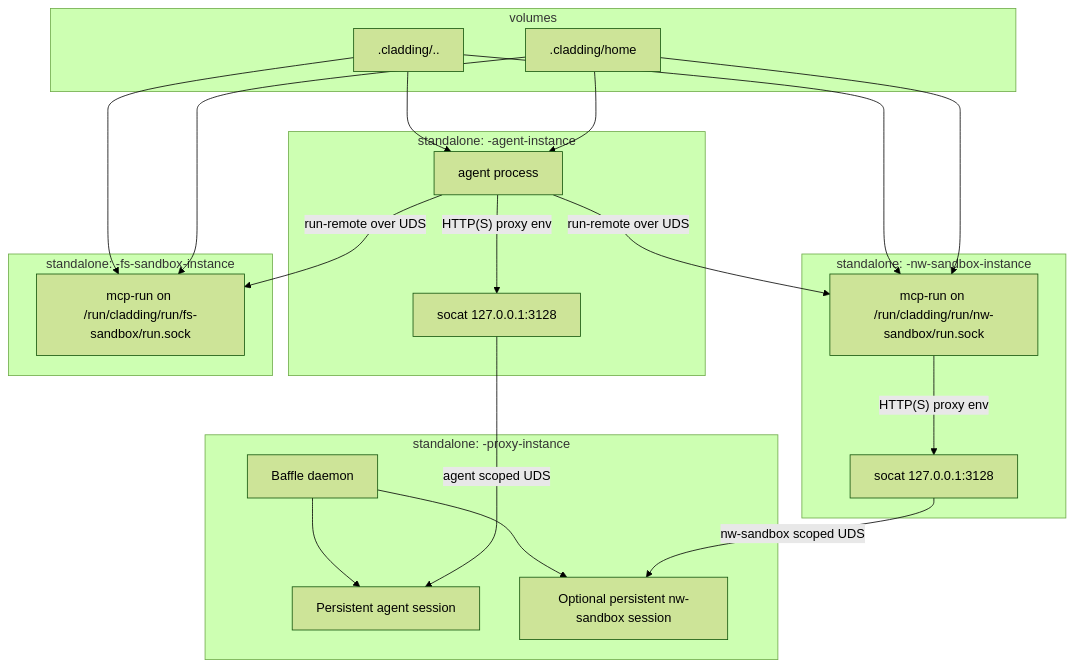
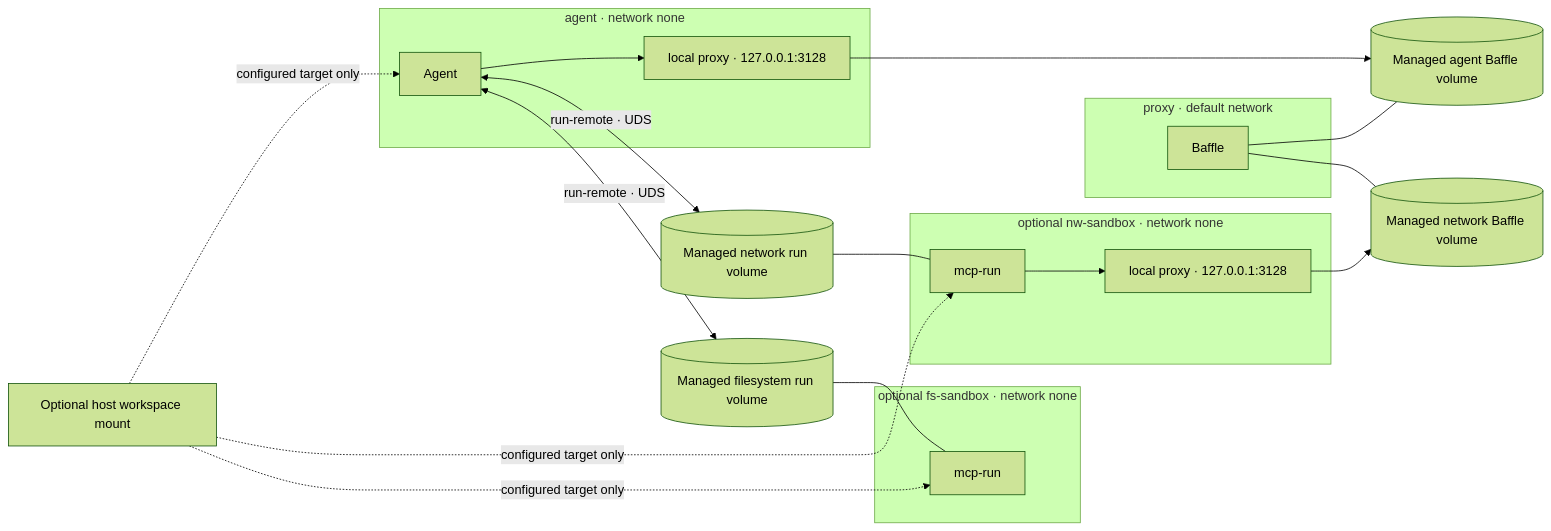
Before and after one commit to dstoc/cladding: the diagram in README.md, drawn with Mermaid (forest theme). The commit also changed other lines of this file and 5 other files, not shown here.

````diff
--- a/README.md
+++ b/README.md
@@ -455,44 +84,34 @@
 ```mermaid
-flowchart TB
-  subgraph C["standalone: <name>-agent-instance"]
-    CA[agent process]
-    CAP[socat 127.0.0.1:3128]
+flowchart LR
+  subgraph Proxy["proxy · default network"]
+    Baffle[Baffle]
   end
+  subgraph Agent["agent · network none"]
+    AgentProcess[Agent]
+    AgentProxy["local proxy · 127.0.0.1:3128"]
+  end
+  subgraph Network["optional nw-sandbox · network none"]
+    NetworkMcp[mcp-run]
+    NetworkProxy["local proxy · 127.0.0.1:3128"]
+  end
+  subgraph Filesystem["optional fs-sandbox · network none"]
+    FilesystemMcp[mcp-run]
+  end
+  AgentSocket[(Managed agent Baffle volume)]
+  NetworkSocket[(Managed network Baffle volume)]
+  NetworkRun[(Managed network run volume)]
+  FilesystemRun[(Managed filesystem run volume)]
+  HostWorkspace["Optional host workspace mount"]
 
-  subgraph H[volumes]
-    WS[.cladding/..]
-    HOME[.cladding/home]
-  end
-
-
-  subgraph S["standalone: <name>-nw-sandbox-instance"]
-    SAP[socat 127.0.0.1:3128]
-    SA[mcp-run on /run/cladding/run/nw-sandbox/run.sock]
-  end
-
-  subgraph F["standalone: <name>-fs-sandbox-instance"]
-    FA[mcp-run on /run/cladding/run/fs-sandbox/run.sock]
-  end
-
-  subgraph P["standalone: <name>-proxy-instance"]
-    PX[Baffle daemon]
-    AGS[Persistent agent session]
-    NWS[Optional persistent nw-sandbox session]
-    PX --> AGS
-    PX --> NWS
-  end
-
-  WS --> CA
-  WS --> SA
-  WS --> FA
-  HOME --> CA
-  HOME --> SA
-  HOME --> FA
-
-  CA -- run-remote over UDS --> SA
-  CA -- run-remote over UDS --> FA
-  CA -- HTTP(S) proxy env --> CAP
-  CAP -- agent scoped UDS --> AGS
-  SAP -- nw-sandbox scoped UDS --> NWS
-  SA -- HTTP(S) proxy env --> SAP
+  Baffle --- AgentSocket
+  Baffle --- NetworkSocket
+  AgentProcess --> AgentProxy --> AgentSocket
+  NetworkMcp --> NetworkProxy --> NetworkSocket
+  AgentProcess <-->|"run-remote · UDS"| NetworkRun
+  AgentProcess <-->|"run-remote · UDS"| FilesystemRun
+  NetworkRun --- NetworkMcp
+  FilesystemRun --- FilesystemMcp
+  HostWorkspace -. "configured target only" .-> AgentProcess
+  HostWorkspace -. "configured target only" .-> NetworkMcp
+  HostWorkspace -. "configured target only" .-> FilesystemMcp
 ```
````
